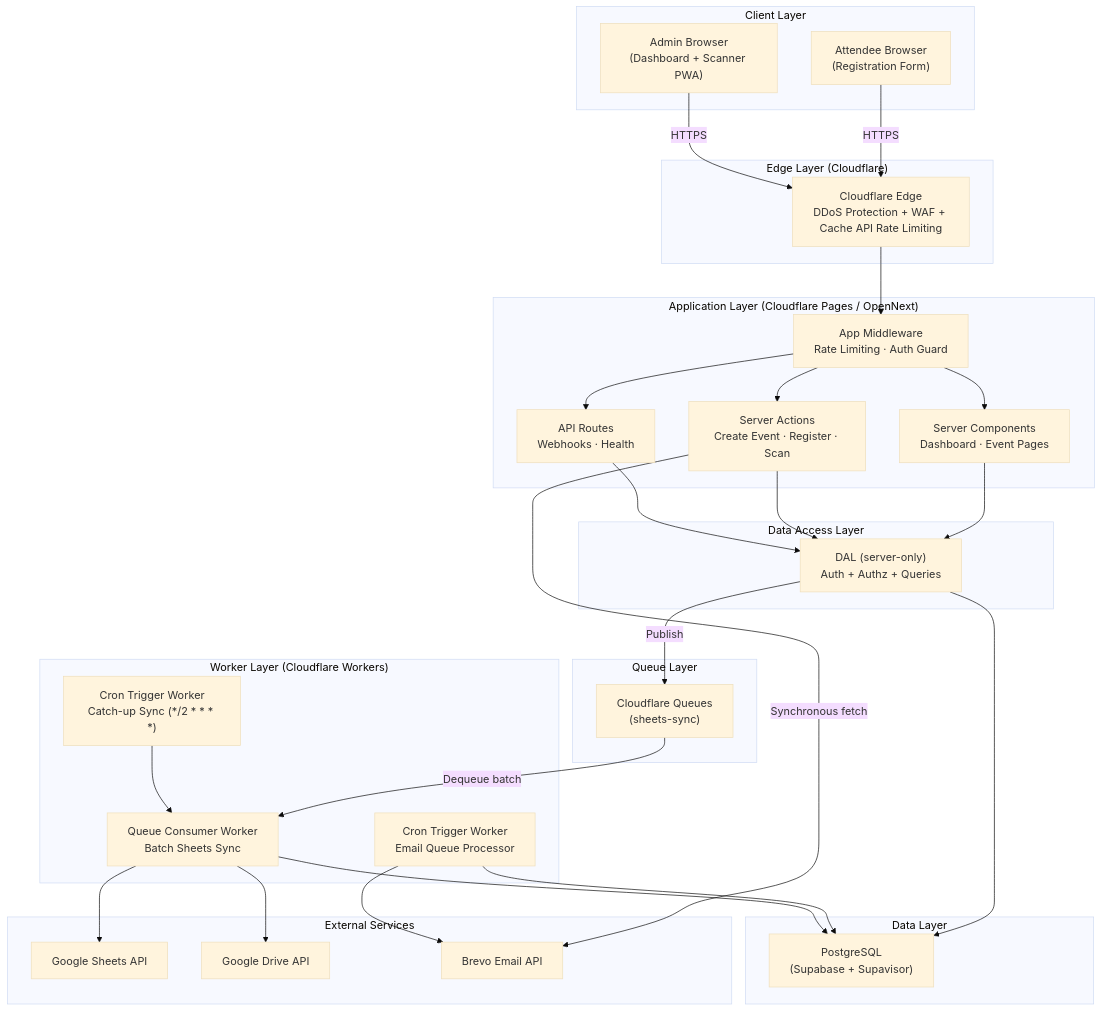
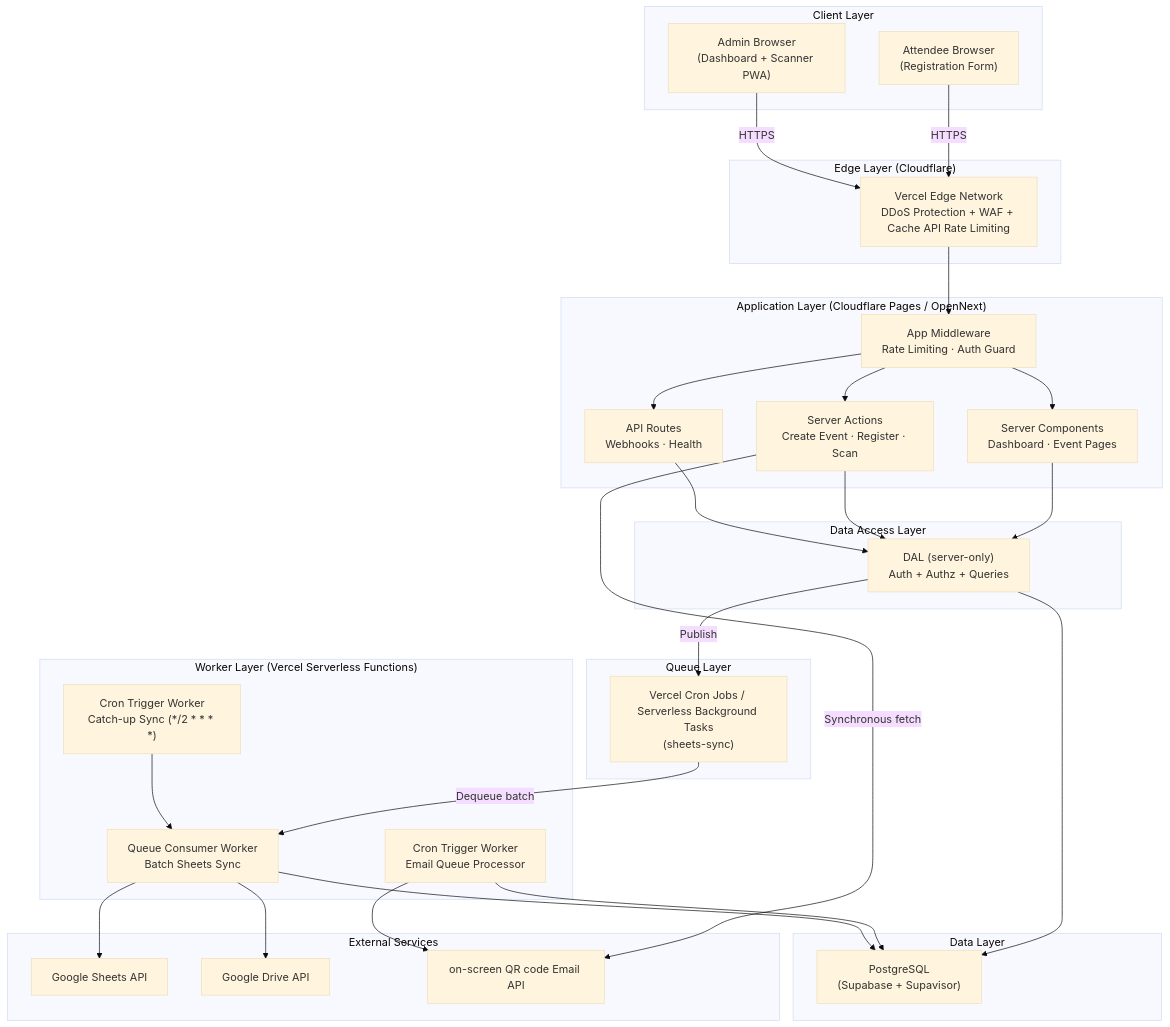
Before and after one commit to christian1202/FlowCheck: the diagram in docs/architecture.md, drawn with Mermaid (base theme). The commit also changed other lines of this file and 23 other files, not shown here.

````diff
--- a/docs/architecture.md
+++ b/docs/architecture.md
@@ -13,62 +13,62 @@
 ```mermaid
 graph TB
     subgraph "Client Layer"
         A["Admin Browser<br/>(Dashboard + Scanner PWA)"]
         B["Attendee Browser<br/>(Registration Form)"]
     end
 
     subgraph "Edge Layer (Cloudflare)"
-        C["Cloudflare Edge<br/>DDoS Protection + WAF + Cache API Rate Limiting"]
+        C["Vercel Edge Network<br/>DDoS Protection + WAF + Cache API Rate Limiting"]
     end
 
     subgraph "Application Layer (Cloudflare Pages / OpenNext)"
         D["Server Components<br/>Dashboard · Event Pages"]
         E["Server Actions<br/>Create Event · Register · Scan"]
         F["API Routes<br/>Webhooks · Health"]
         G["App Middleware<br/>Rate Limiting · Auth Guard"]
     end
 
     subgraph "Data Access Layer"
         H["DAL (server-only)<br/>Auth + Authz + Queries"]
     end
 
     subgraph "Data Layer"
         I["PostgreSQL<br/>(Supabase + Supavisor)"]
     end
 
     subgraph "Queue Layer"
-        J["Cloudflare Queues<br/>(sheets-sync)"]
+        J["Vercel Cron Jobs / Serverless Background Tasks<br/>(sheets-sync)"]
     end
 
-    subgraph "Worker Layer (Cloudflare Workers)"
+    subgraph "Worker Layer (Vercel Serverless Functions)"
         K["Queue Consumer Worker<br/>Batch Sheets Sync"]
         L["Cron Trigger Worker<br/>Catch-up Sync (*/2 * * * *)"]
         P["Cron Trigger Worker<br/>Email Queue Processor"]
     end
 
     subgraph "External Services"
         M["Google Sheets API"]
         N["Google Drive API"]
-        O["Brevo Email API"]
+        O["on-screen QR code Email API"]
     end
 
     B -->|HTTPS| C
     A -->|HTTPS| C
     C --> G
     G --> D
     G --> E
     G --> F
     D --> H
     E --> H
     F --> H
     H --> I
     E -->|Synchronous fetch| O
     H -->|Publish| J
     J -->|Dequeue batch| K
     L --> K
     P --> O
     P --> I
     K --> M
     K --> N
     K --> I
 ```
````
